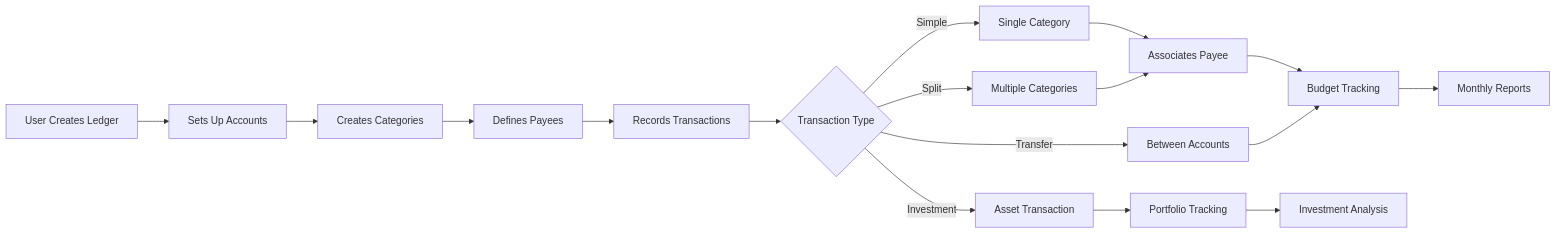
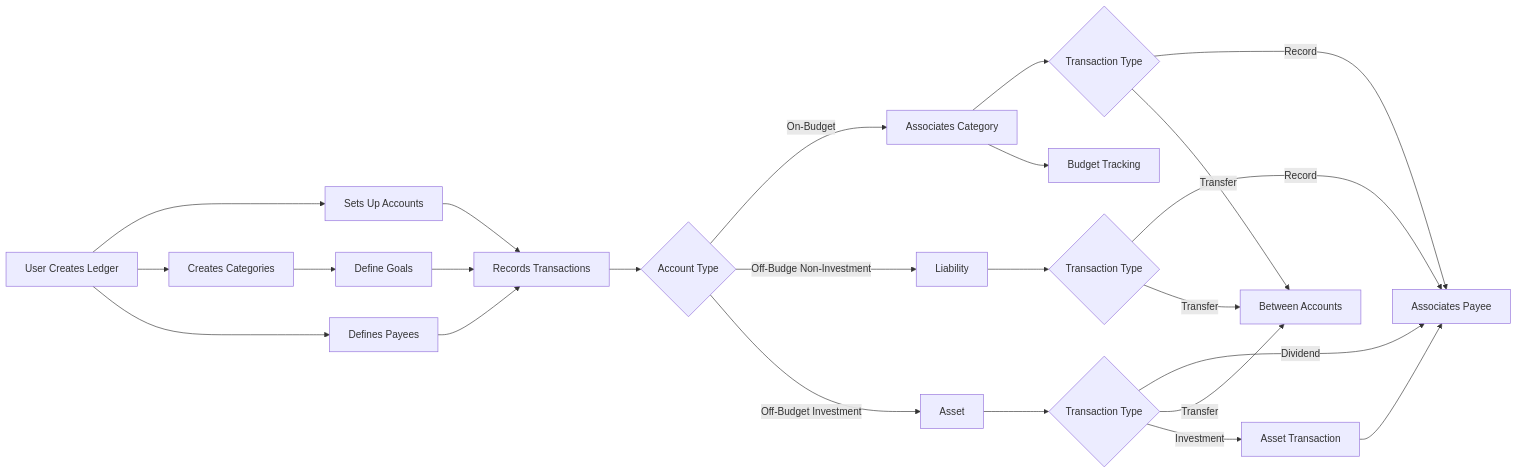
The fourth of 4 diagrams in database/docs/schema_diagram.md (tiagopaispereira/ledger-to-invest), drawn with Mermaid before and after one commit. The commit also changed other lines of this file and 5 other files, not shown here.

````diff
--- a/database/docs/schema_diagram.md
+++ b/database/docs/schema_diagram.md
@@ -374,19 +334,26 @@
 ```mermaid
 flowchart LR
     A[User Creates Ledger] --> B[Sets Up Accounts]
-    B --> C[Creates Categories]
-    C --> D[Defines Payees]
-    D --> E[Records Transactions]
-    E --> F{Transaction Type}
-    F -->|Simple| G[Single Category]
-    F -->|Split| H[Multiple Categories]
-    F -->|Transfer| I[Between Accounts]
-    F -->|Investment| J[Asset Transaction]
-    G --> O[Associates Payee]
-    H --> O
-    O --> K[Budget Tracking]
-    I --> K
-    J --> L[Portfolio Tracking]
-    K --> M[Monthly Reports]
-    L --> N[Investment Analysis]
+    A --> C[Creates Categories]
+    C --> D[Define Goals]
+    A --> E[Defines Payees]
+    B --> F[Records Transactions]
+    D --> F
+    E --> F
+    F --> G{Account Type}
+    G --> |On-Budget| H[Associates Category]
+    G --> |Off-Budge Non-Investment| I[Liability]
+    G --> |Off-Budget Investment| J[Asset]
+    H --> K{Transaction Type}
+    H --> L[Budget Tracking]
+    K --> |Record| M[Associates Payee]
+    K --> |Transfer| N[Between Accounts]
+    I --> O{Transaction Type}
+    O --> |Record| M
+    O --> |Transfer| N
+    J --> P{Transaction Type}
+    P --> |Dividend| M
+    P --> |Transfer| N
+    P --> |Investment| R[Asset Transaction]
+    R --> M
 ```
````
